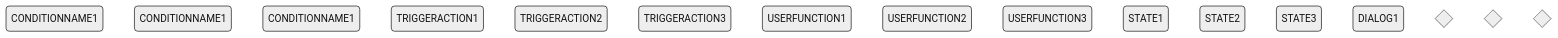
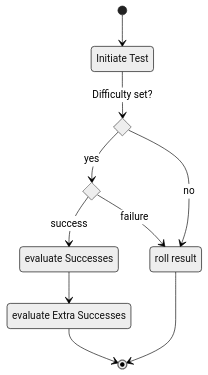
One commit to patrickmohrmann/earthdawn4eV2 changed the diagram in documentation/Use Cases/UC_Rolls-arbitraryTests.md. Above: the diagram before and after it, drawn with Mermaid (neutral theme). The commit also changed other lines of this file and 18 other files, not shown here.

````diff
--- a/documentation/Use Cases/UC_Rolls-arbitraryTests.md
+++ b/documentation/Use Cases/UC_Rolls-arbitraryTests.md
@@ -8,50 +10,40 @@
 ```mermaid
 stateDiagram-v2
     classDef fromOutside font-style:italic,font-weight:bold,fill:lightyellow
     classDef foundryCore font-style:italic,font-weight:bold,fill: lightgreen
     classDef userFunction font-style:italic,font-weight:bold,fill:lightblue
     classDef userFunctionReturn font-style:italic,font-weight:bold,fill:aqua
     classDef dialog font-style:italic,font-weight:bold,fill:orange
 
     ###################### status #######################
 
-    condition1: CONDITIONNAME1
-    condition2: CONDITIONNAME1
-    condition3: CONDITIONNAME1
+    triggerAction1: Initiate Test
 
-    triggerAction1: TRIGGERACTION1
-    triggerAction2: TRIGGERACTION2
-    triggerAction3: TRIGGERACTION3
+    state1: evaluate Successes
+    state2: evaluate Extra Successes
+    state3: roll result
 
-    userFunction1: USERFUNCTION1
-    userFunction2: USERFUNCTION2
-    userFunction3: USERFUNCTION3
-
-    state1: STATE1
-    state2: STATE2
-    state3: STATE3
-
-    dialog1: DIALOG1
 
     ####################### Decisions #######################
 
     state DECISION1 <<choice>>
     state DECISION2 <<choice>>
-    state DECISION3 <<choice>>
 
     ######################## Colorations ######################
 
     triggerAction1:::fromOutside
-    triggerAction2:::fromOutside
-    triggerAction3:::fromOutside
-
-    userFunction1:::userFunction
-    userFunction2:::userFunction
-    userFunction3:::userFunction
-
-    dialog1:::dialog
 
     ##################### StateDiagram ########################
 
-    
+    [*] --> triggerAction1
+    triggerAction1 --> DECISION1: Difficulty set?
+    DECISION1 --> DECISION2: yes
+    DECISION1 --> state3: no
+
+    DECISION2 --> state1: success
+    DECISION2 --> state3: failure
+    state1 --> state2
+    state2 --> [*]
+
+    state3 --> [*]
 ```
````
